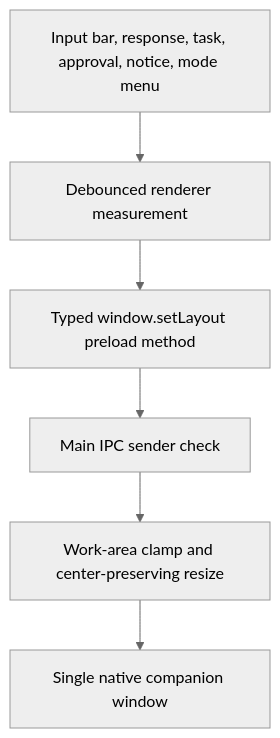
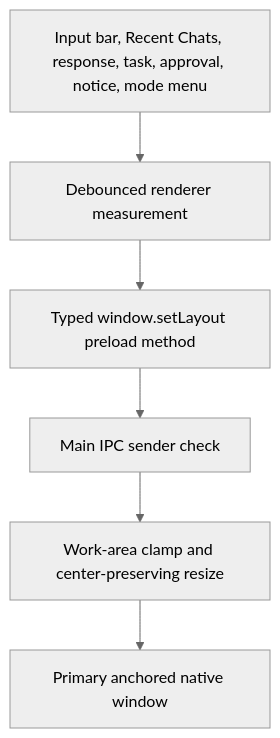
The diagram in docs/architecture/PIXEL_UI_ARCHITECTURE.md (cypskip-create/Pixel), drawn with Mermaid (neutral theme) before and after one commit. The commit also changed other lines of this file and 48 other files, not shown here.

````diff
--- a/docs/architecture/PIXEL_UI_ARCHITECTURE.md
+++ b/docs/architecture/PIXEL_UI_ARCHITECTURE.md
@@ -11,8 +17,8 @@
 ```mermaid
 flowchart TD
-  R[Input bar, response, task, approval, notice, mode menu] --> M[Debounced renderer measurement]
+  R[Input bar, Recent Chats, response, task, approval, notice, mode menu] --> M[Debounced renderer measurement]
   M --> P[Typed window.setLayout preload method]
   P --> I[Main IPC sender check]
   I --> C[Work-area clamp and center-preserving resize]
-  C --> W[Single native companion window]
+  C --> W[Primary anchored native window]
 ```
````
